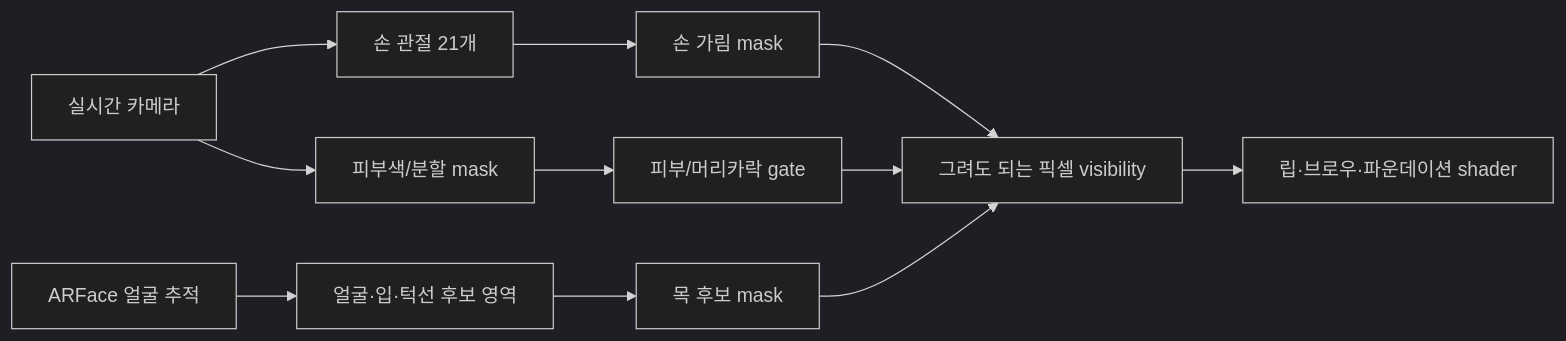
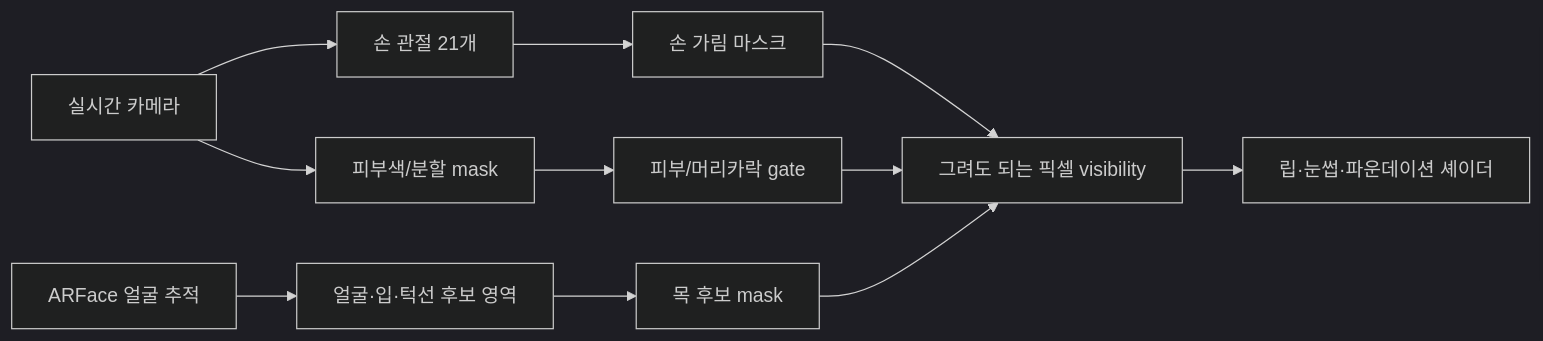
Before and after one commit to devhyun05/aura-the-beauty-app: the sixth of 6 diagrams in docs/unity-ar/AR_MAKEUP_RENDERING_PIPELINE_REPORT_KO.md, drawn with Mermaid (dark theme). The commit also changed other lines of this file, not shown here.

````diff
--- a/docs/unity-ar/AR_MAKEUP_RENDERING_PIPELINE_REPORT_KO.md
+++ b/docs/unity-ar/AR_MAKEUP_RENDERING_PIPELINE_REPORT_KO.md
@@ -865,19 +905,19 @@
 ```mermaid
 flowchart LR
     C[실시간 카메라]
     F[ARFace 얼굴 추적]
     H[손 관절 21개]
     S[피부색/분할 mask]
 
     C --> H
     C --> S
     F --> ROI[얼굴·입·턱선 후보 영역]
-    H --> HM[손 가림 mask]
+    H --> HM[손 가림 마스크]
     ROI --> NM[목 후보 mask]
     S --> BG[피부/머리카락 gate]
 
     HM --> V[그려도 되는 픽셀 visibility]
     NM --> V
     BG --> V
-    V --> SH[립·브로우·파운데이션 shader]
+    V --> SH[립·눈썹·파운데이션 셰이더]
 ```
````
